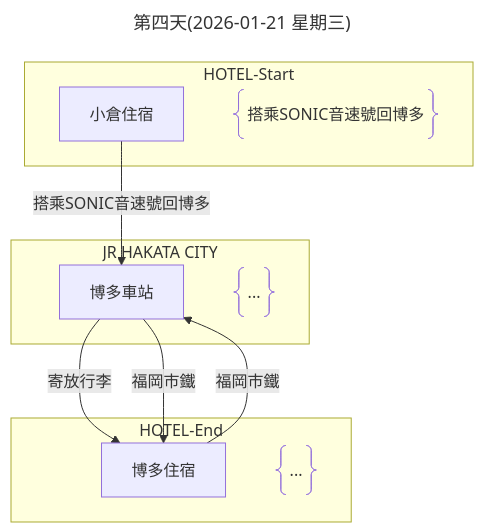
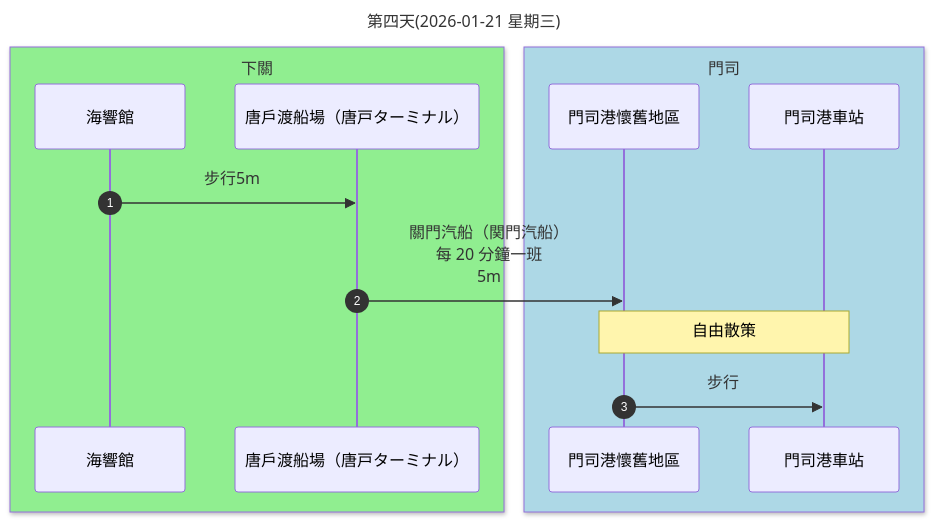
One commit to Shuming-Yang/2026-January-Trip changed the fifth of 8 diagrams in 行程規劃A.md. Above: the diagram before and after it, drawn with Mermaid. The commit also changed other lines of this file, not shown here.

````diff
--- a/行程規劃A.md
+++ b/行程規劃A.md
@@ -184,22 +204,17 @@
 ```mermaid
----
-title: 第四天(2026-01-21 星期三)
----
-flowchart
-    subgraph HOTEL-Start
-        A[小倉住宿]
-        A1@{ shape: braces, label: "搭乘SONIC音速號回博多"}
+sequenceDiagram
+    autonumber
+    title: 第四天(2026-01-21 星期三)
+    box lightgreen 下關
+    participant A as 海響館
+    participant B as 唐戶渡船場（唐戸ターミナル）
     end
-    subgraph JR HAKATA CITY
-        C[博多車站]
-        C1@{ shape: braces, label: "..." }
+    box lightblue 門司
+    participant C as 門司港懷舊地區
+    participant D as 門司港車站
     end
-    subgraph HOTEL-End
-        D[博多住宿]
-        D1@{ shape: braces, label: "..." }
-    end
-    A --> |搭乘SONIC音速號回博多| C
-    C --> |寄放行李| D
-    D --> |福岡市鐵| C
-    C --> |福岡市鐵| D
+    A ->> B: 步行5m
+    B ->> C: 關門汽船（関門汽船）<br>每 20 分鐘一班<br>5m
+    Note over C,D: 自由散策
+    C ->> D: 步行
 ```
````
